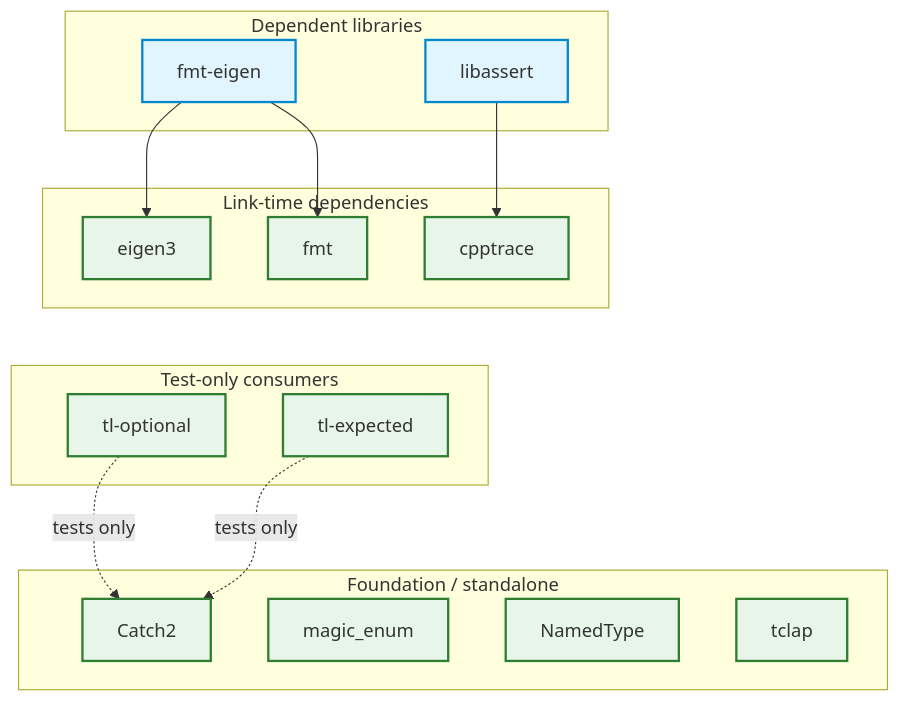
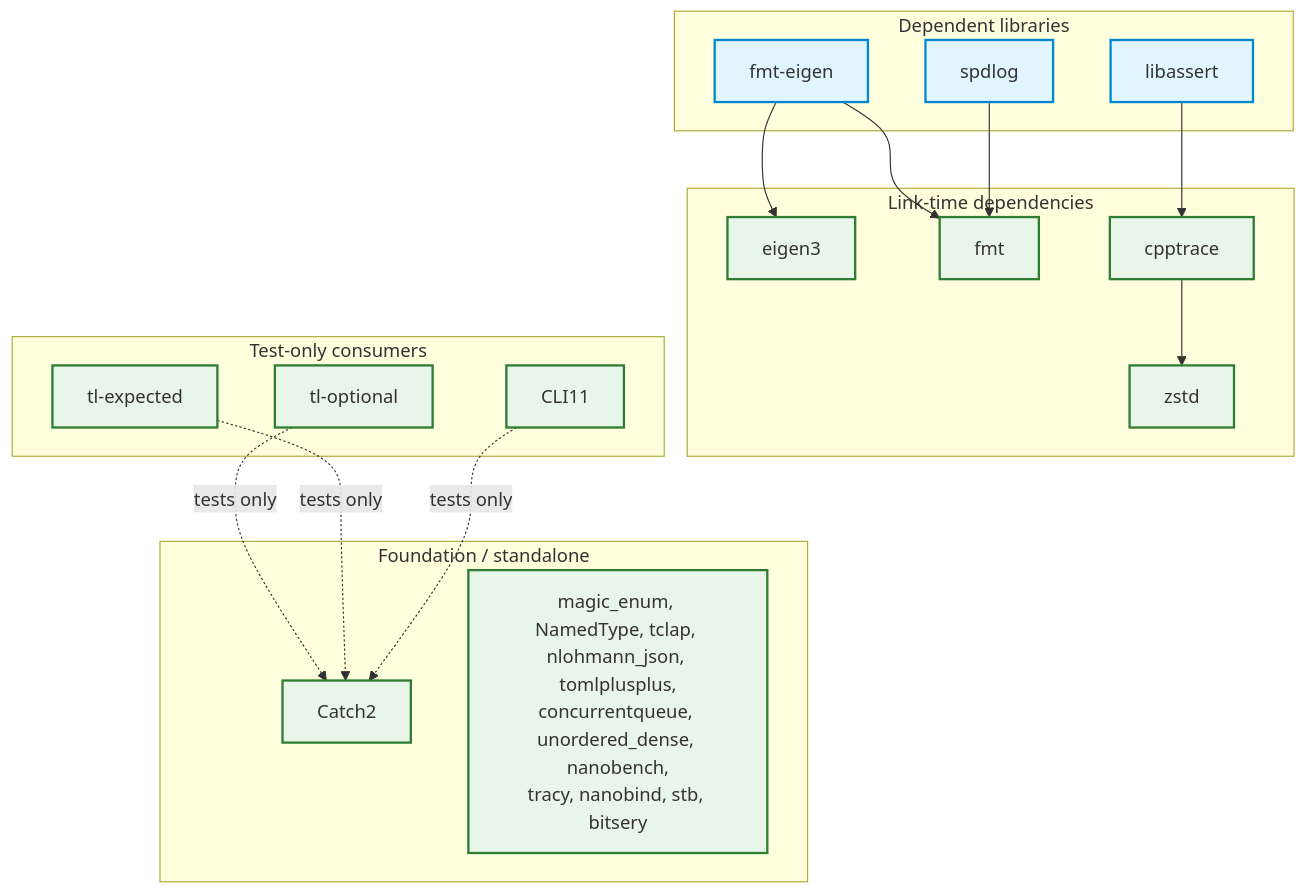
Before and after one commit to cscosine/third_party_base_libs: the diagram in README.md, drawn with Mermaid. The commit also changed other lines of this file and 3 other files, not shown here.

````diff
--- a/README.md
+++ b/README.md
@@ -151,46 +183,50 @@
 ```mermaid
 %%{init: {"flowchart": {"curve": "basis"}} }%%
 graph TD
     %% Edge convention: A --> B  ⇒  "A depends on B"
     %% Solid arrow   = compile / link-time dependency
     %% Dotted arrow  = test-only dependency
 
     classDef consumer fill:#e1f5fe,stroke:#0288d1,stroke-width:2px;
     classDef leaf    fill:#e8f5e9,stroke:#2e7d32,stroke-width:2px;
 
     subgraph dependents["Dependent libraries"]
         fmt_eigen["fmt-eigen"]
         libassert["libassert"]
+        spdlog["spdlog"]
     end
 
     subgraph link_deps["Link-time dependencies"]
         eigen3["eigen3"]
         fmt["fmt"]
         cpptrace["cpptrace"]
+        zstd["zstd"]
     end
 
     subgraph test_users["Test-only consumers"]
         tl_optional["tl-optional"]
         tl_expected["tl-expected"]
+        cli11["CLI11"]
     end
 
     subgraph foundation["Foundation / standalone"]
         catch2["Catch2"]
-        magic_enum["magic_enum"]
-        namedtype["NamedType"]
-        tclap["tclap"]
+        others["magic_enum, NamedType, tclap, nlohmann_json, tomlplusplus,<br/>concurrentqueue, unordered_dense, nanobench,<br/>tracy, nanobind, stb, bitsery"]
     end
 
     fmt_eigen --> eigen3
     fmt_eigen --> fmt
     libassert --> cpptrace
+    spdlog --> fmt
+    cpptrace --> zstd
 
     tl_optional -. "tests only" .-> catch2
     tl_expected -. "tests only" .-> catch2
+    cli11 -. "tests only" .-> catch2
 
     %% invisible links force each group onto its own row (strict vertical layout)
     dependents ~~~ link_deps ~~~ test_users ~~~ foundation
 
-    class fmt_eigen,libassert consumer;
-    class eigen3,fmt,cpptrace,magic_enum,catch2,namedtype,tclap,tl_optional,tl_expected leaf;
+    class fmt_eigen,libassert,spdlog consumer;
+    class eigen3,fmt,cpptrace,zstd,catch2,others,tl_optional,tl_expected,cli11 leaf;
 ```
````
